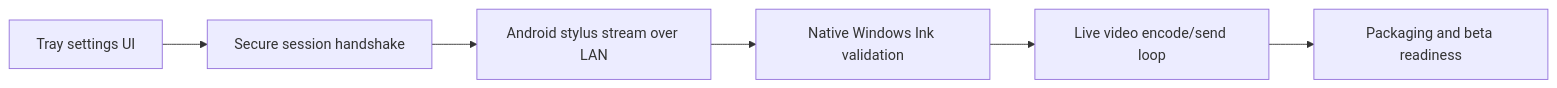
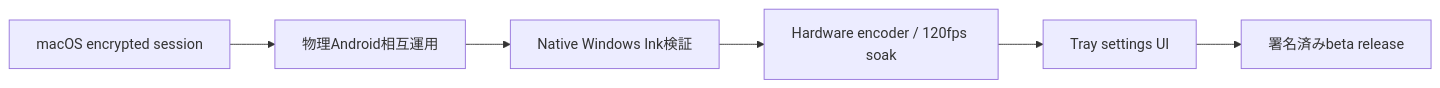
One commit to lingmulongtai/GlyphRay changed the fifth of 5 diagrams in README.ja.md. Above: the diagram before and after it, drawn with Mermaid. The commit also changed other lines of this file and 68 other files, not shown here.

First line of the commit message:
feat: Implement Media Foundation H.264 encoder for Windows

````diff
--- a/README.ja.md
+++ b/README.ja.md
@@ -306,8 +313,8 @@
 ```mermaid
 flowchart LR
-  A["Tray settings UI"] --> B["Secure session handshake"]
-  B --> C["Android stylus stream over LAN"]
-  C --> D["Native Windows Ink validation"]
-  D --> E["Live video encode/send loop"]
-  E --> F["Packaging and beta readiness"]
+  A["macOS encrypted session"] --> B["物理Android相互運用"]
+  B --> C["Native Windows Ink検証"]
+  C --> D["Hardware encoder / 120fps soak"]
+  D --> E["Tray settings UI"]
+  E --> F["署名済みbeta release"]
 ```
````
